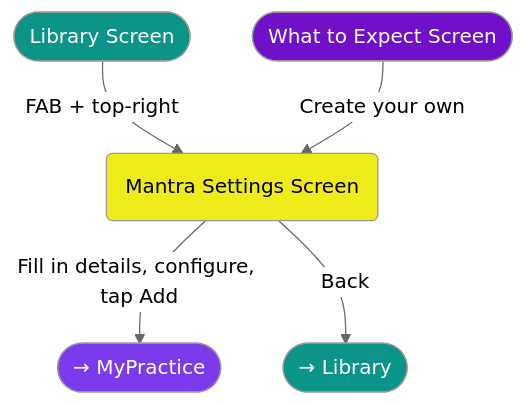
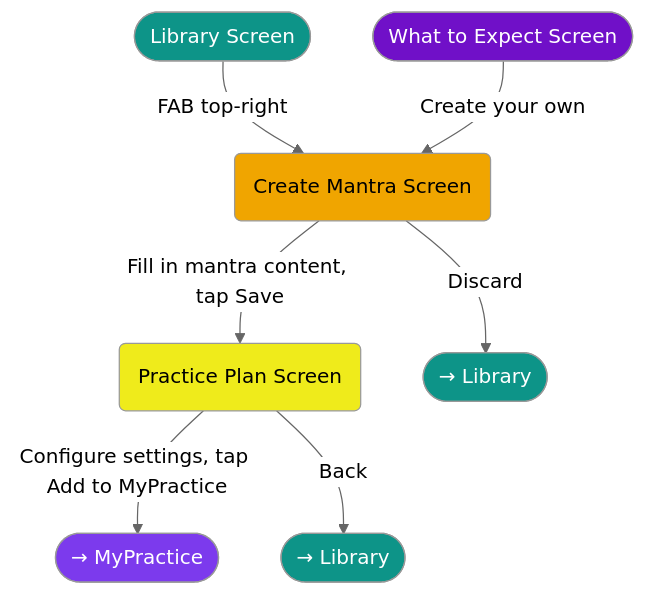
The fourth of 11 diagrams in docs/product/app_flowchart.md (E-Brons/MyMantra), drawn with Mermaid (neutral theme) before and after one commit. The commit also changed other lines of this file and 1 other file, not shown here.

First line of the commit message:
doc: app_flowchart v0.3 — two-screen model + implementation plan

````diff
--- a/docs/product/app_flowchart.md
+++ b/docs/product/app_flowchart.md
@@ -261,14 +265,19 @@
 ```mermaid
 graph TD
-    LIBRARY([Library Screen]) -->|FAB + top-right| SETTINGS(Mantra Settings Screen)
-    ONBOARD([What to Expect Screen]) -->|"Create your own"| SETTINGS
+    LIBRARY([Library Screen]) -->|FAB top-right| CREATE(Create Mantra Screen)
+    ONBOARD([What to Expect Screen]) -->|"Create your own"| CREATE
 
-    SETTINGS -->|Fill in details, configure, tap Add| MYPRACTICE([→ MyPractice])
-    SETTINGS -->|Back| LIBRARY_BACK([→ Library])
+    CREATE -->|Fill in mantra content, tap Save| PLAN(Practice Plan Screen)
+    CREATE -->|Discard| LIBRARY_BACK([→ Library])
+
+    PLAN -->|Configure settings, tap Add to MyPractice| MYPRACTICE([→ MyPractice])
+    PLAN -->|Back| LIBRARY_BACK2([→ Library])
 
     style LIBRARY fill:#0d9488,color:#fff
     style ONBOARD fill:#7010c8,color:#fff
-    style SETTINGS fill:#EFEB1B,color:#000
+    style CREATE fill:#f0a500,color:#000
+    style PLAN fill:#EFEB1B,color:#000
     style MYPRACTICE fill:#7c3aed,color:#fff
     style LIBRARY_BACK fill:#0d9488,color:#fff
+    style LIBRARY_BACK2 fill:#0d9488,color:#fff
 ```
````
